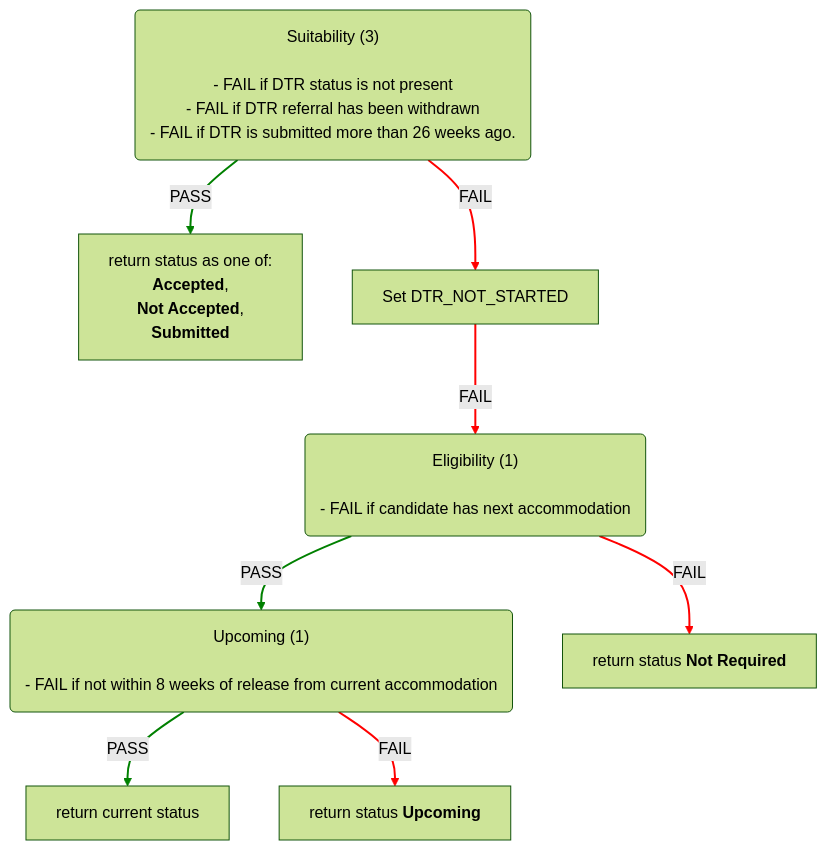
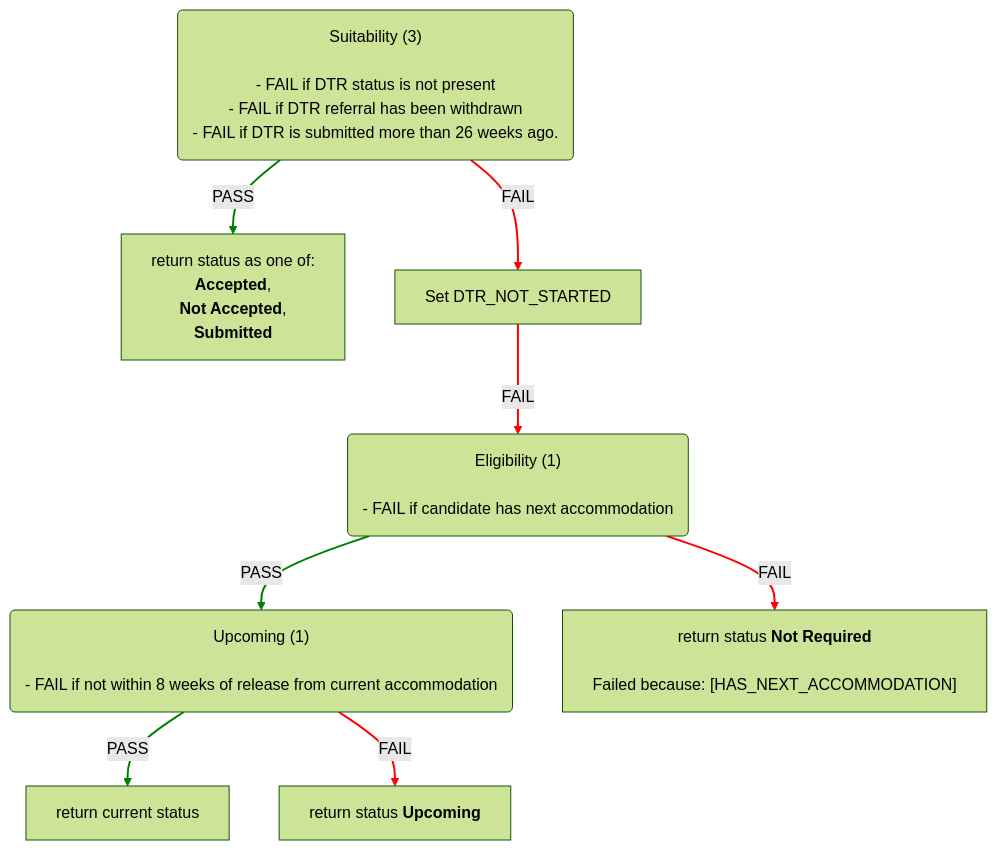
The fifth of 6 diagrams in docs/eligibility-rules-graph.md (ministryofjustice/hmpps-single-accommodation-service-api), drawn with Mermaid (forest theme) before and after one commit. The commit also changed other lines of this file and 49 other files, not shown here.

Commit message:
chore/SAS-1533-Add-failure-reasons-to-static-graph

````diff
--- a/docs/eligibility-rules-graph.md
+++ b/docs/eligibility-rules-graph.md
@@ -521,32 +574,34 @@
 ```mermaid
 %%{init: {"flowchart": {"wrappingWidth": 800}}}%%
 flowchart TD
   Suitability("Suitability (3)
 
 - FAIL if DTR status is not present
 - FAIL if DTR referral has been withdrawn
 - FAIL if DTR is submitted more than 26 weeks ago.")
   return_status_as_one_of__Accepted___Not_Accepted___Submitted["return status as one of:
 <b>Accepted</b>,
  <b>Not Accepted</b>,
  <b>Submitted</b>"]
   Set_DTR_NOT_STARTED["Set DTR_NOT_STARTED"]
   Eligibility("Eligibility (1)
 
 - FAIL if candidate has next accommodation")
   Upcoming("Upcoming (1)
 
 - FAIL if not within 8 weeks of release from current accommodation")
   return_current_status["return current status"]
   return_status_Upcoming["return status <b>Upcoming</b>"]
-  return_status_Not_Required["return status <b>Not Required</b>"]
+  return_status_Not_Required__Failed_because___HAS_NEXT_ACCOMMODATION_["return status <b>Not Required</b>
+
+Failed because: [HAS_NEXT_ACCOMMODATION]"]
   Suitability -->|PASS| return_status_as_one_of__Accepted___Not_Accepted___Submitted
   Suitability -->|FAIL| Set_DTR_NOT_STARTED
   Upcoming -->|PASS| return_current_status
   Upcoming -->|FAIL| return_status_Upcoming
   Eligibility -->|PASS| Upcoming
-  Eligibility -->|FAIL| return_status_Not_Required
+  Eligibility -->|FAIL| return_status_Not_Required__Failed_because___HAS_NEXT_ACCOMMODATION_
   Set_DTR_NOT_STARTED -->|FAIL| Eligibility
   linkStyle 0,2,4 stroke:green,stroke-width:2px
   linkStyle 1,3,5,6 stroke:red,stroke-width:2px
 ```
````
